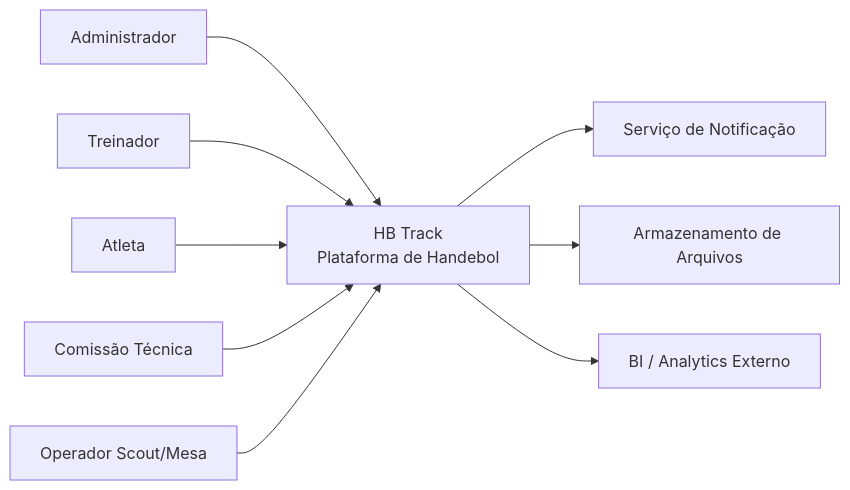
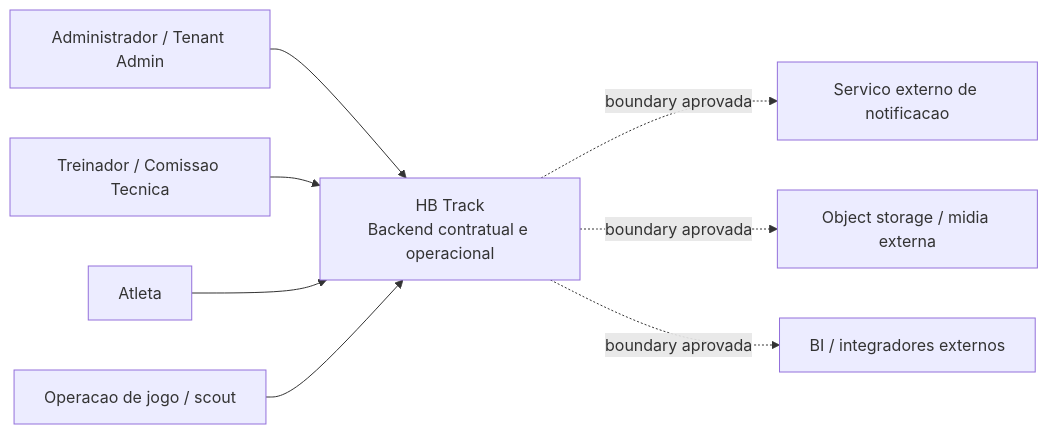
One commit to hbtrack/official changed the diagram in docs/_canon/C4_CONTEXT.md. Above: the diagram before and after it, drawn with Mermaid. The commit also changed other lines of this file and 126 other files, not shown here.

````diff
--- a/docs/_canon/C4_CONTEXT.md
+++ b/docs/_canon/C4_CONTEXT.md
@@ -6,21 +24,22 @@
 ```mermaid
 flowchart LR
-  userAdmin["Administrador"]
-  userCoach["Treinador"]
+  userAdmin["Administrador / Tenant Admin"]
+  userCoach["Treinador / Comissao Tecnica"]
   userAthlete["Atleta"]
-  userStaff["Comissão Técnica"]
-  userScout["Operador Scout/Mesa"]
-  extNotif["Serviço de Notificação"]
-  extStorage["Armazenamento de Arquivos"]
-  extBI["BI / Analytics Externo"]
-  system["HB Track\nPlataforma de Handebol"]
+  userOps["Operacao de jogo / scout"]
+
+  system["HB Track\nBackend contratual e operacional"]
+
+  extNotif["Servico externo de notificacao"]
+  extStorage["Object storage / midia externa"]
+  extBI["BI / integradores externos"]
 
   userAdmin --> system
   userCoach --> system
   userAthlete --> system
-  userStaff --> system
-  userScout --> system
-  system --> extNotif
-  system --> extStorage
-  system --> extBI
+  userOps --> system
+
+  system -. boundary aprovada .-> extNotif
+  system -. boundary aprovada .-> extStorage
+  system -. boundary aprovada .-> extBI
 ```
````
